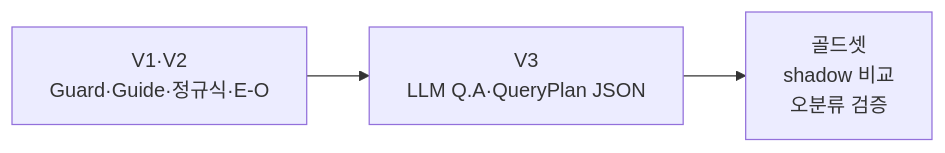
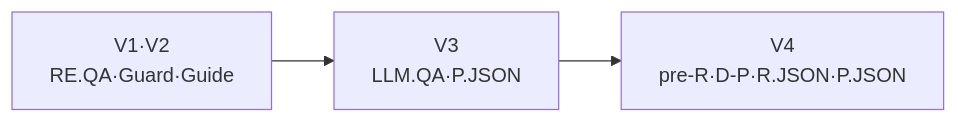
Diagram 13 of 15 in README.md (knu-2026-summer-main-enhancement/finance-doc-agent), drawn with Mermaid before and after one commit. The commit also changed other lines of this file, not shown here.

Commit message:
docs: document V4 routing architecture

````diff
--- a/README.md
+++ b/README.md
@@ -425,4 +474,4 @@
 ```mermaid
 flowchart LR
-    E1[V1·V2<br/>Guard·Guide·정규식·E-O] --> E2[V3<br/>LLM Q.A·QueryPlan JSON] --> E3[골드셋<br/>shadow 비교<br/>오분류 검증]
+    E1[V1·V2<br/>RE.QA·Guard·Guide] --> E2[V3<br/>LLM.QA·P.JSON] --> E3[V4<br/>pre-R·D-P·R.JSON·P.JSON]
 ```
````
